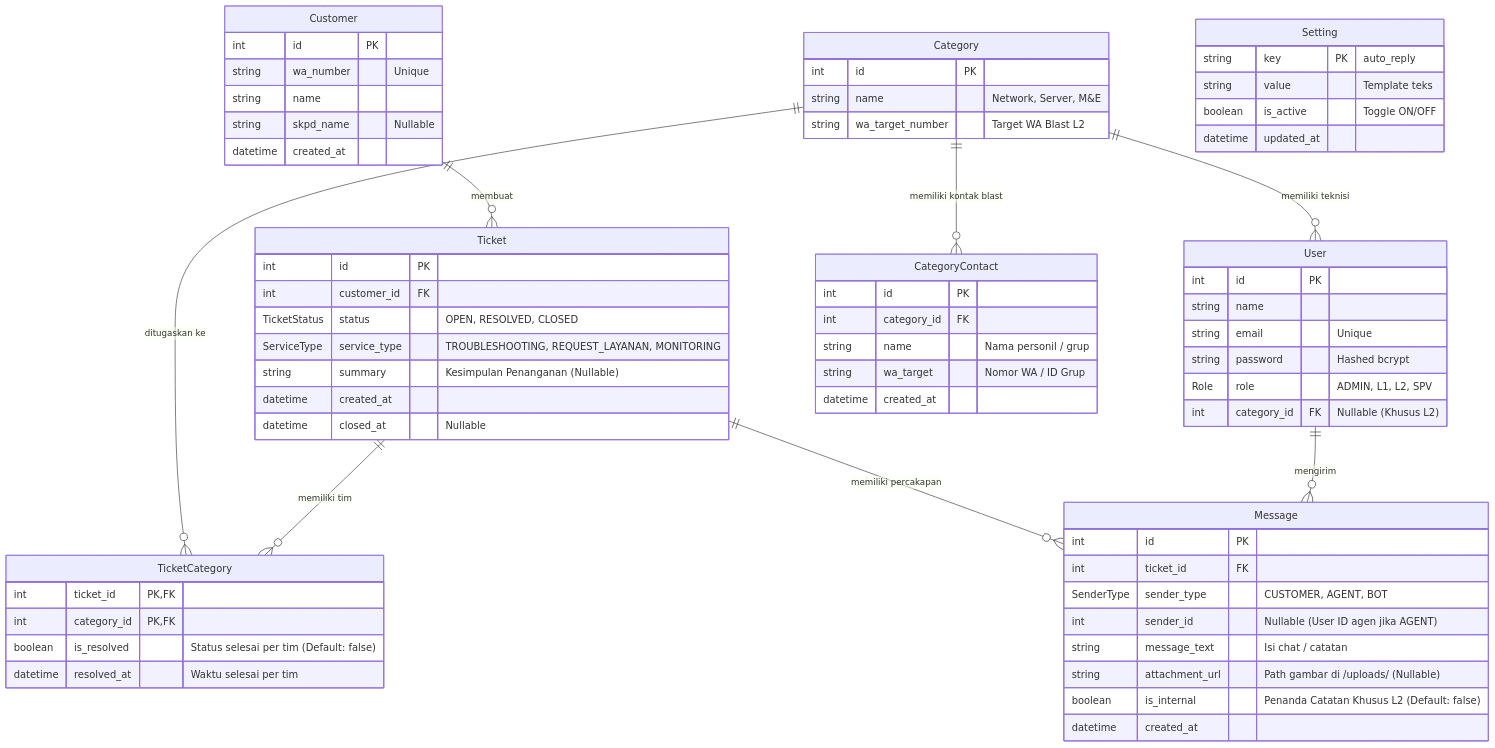
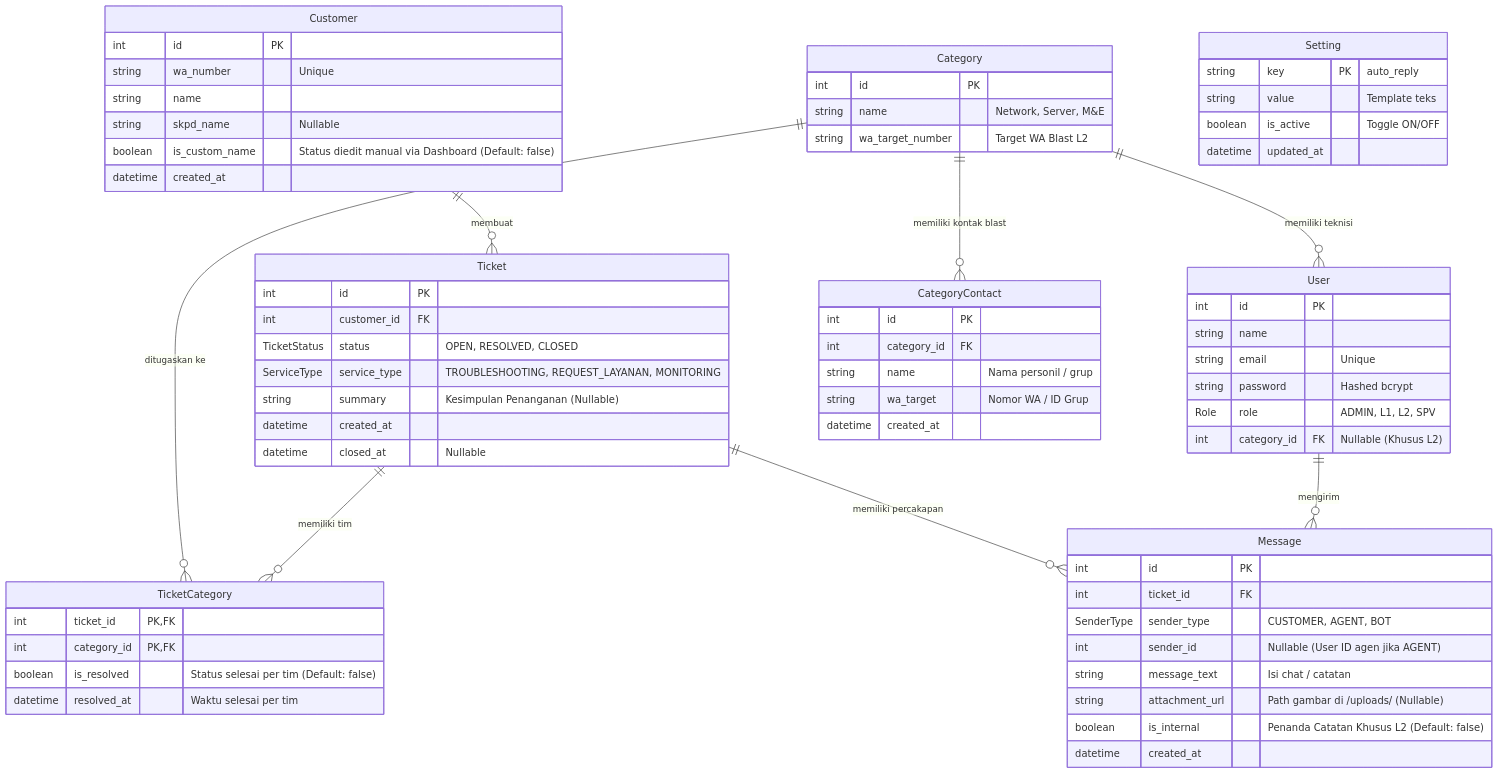
Before and after one commit to llaurensius/hts-chat-integration: the diagram in docs/Database_Schema.md, drawn with Mermaid. The commit also changed other lines of this file and 10 other files, not shown here.

````diff
--- a/docs/Database_Schema.md
+++ b/docs/Database_Schema.md
@@ -10,76 +10,77 @@
 ```mermaid
 erDiagram
     Customer ||--o{ Ticket : "membuat"
     Category ||--o{ User : "memiliki teknisi"
     Category ||--o{ TicketCategory : "ditugaskan ke"
     Category ||--o{ CategoryContact : "memiliki kontak blast"
     Ticket ||--o{ TicketCategory : "memiliki tim"
     Ticket ||--o{ Message : "memiliki percakapan"
     User ||--o{ Message : "mengirim"
 
     Customer {
         int id PK
         string wa_number "Unique"
         string name
         string skpd_name "Nullable"
+        boolean is_custom_name "Status diedit manual via Dashboard (Default: false)"
         datetime created_at
     }
 
     Category {
         int id PK
         string name "Network, Server, M&E"
         string wa_target_number "Target WA Blast L2"
     }
 
     User {
         int id PK
         string name
         string email "Unique"
         string password "Hashed bcrypt"
         Role role "ADMIN, L1, L2, SPV"
         int category_id FK "Nullable (Khusus L2)"
     }
 
     Ticket {
         int id PK
         int customer_id FK
         TicketStatus status "OPEN, RESOLVED, CLOSED"
         ServiceType service_type "TROUBLESHOOTING, REQUEST_LAYANAN, MONITORING"
         string summary "Kesimpulan Penanganan (Nullable)"
         datetime created_at
         datetime closed_at "Nullable"
     }
 
     TicketCategory {
         int ticket_id PK, FK
         int category_id PK, FK
         boolean is_resolved "Status selesai per tim (Default: false)"
         datetime resolved_at "Waktu selesai per tim"
     }
 
 
     CategoryContact {
         int id PK
         int category_id FK
         string name "Nama personil / grup"
         string wa_target "Nomor WA / ID Grup"
         datetime created_at
     }
 
     Setting {
         string key PK "auto_reply"
         string value "Template teks"
         boolean is_active "Toggle ON/OFF"
         datetime updated_at
     }
     Message {
         int id PK
         int ticket_id FK
         SenderType sender_type "CUSTOMER, AGENT, BOT"
         int sender_id "Nullable (User ID agen jika AGENT)"
         string message_text "Isi chat / catatan"
         string attachment_url "Path gambar di /uploads/ (Nullable)"
         boolean is_internal "Penanda Catatan Khusus L2 (Default: false)"
         datetime created_at
     }
 ```
````
